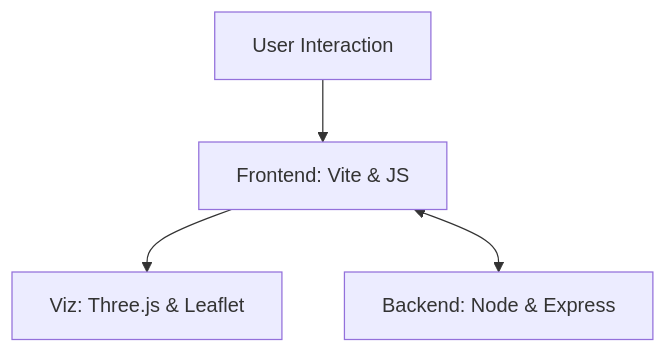
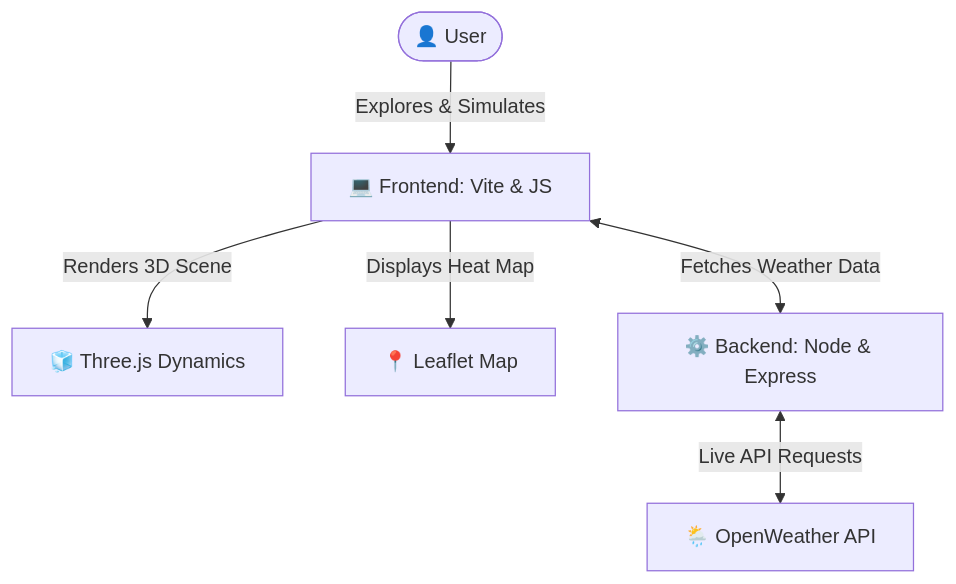
The diagram in README.md (anureddyb20/Vayucool), drawn with Mermaid before and after one commit.

Commit message:
Enhance Project Architecture diagram for clarity

````diff
--- a/README.md
+++ b/README.md
@@ -60,6 +60,8 @@
 ```mermaid
 graph TD
-    User[User Interaction] --> FE[Frontend: Vite & JS]
-    FE --> Viz[Viz: Three.js & Leaflet]
-    FE <--> BE[Backend: Node & Express]
+    User([👤 User]) -->|Explores & Simulates| UI[💻 Frontend: Vite & JS]
+    UI -->|Renders 3D Scene| Three[🧊 Three.js Dynamics]
+    UI -->|Displays Heat Map| Map[📍 Leaflet Map]
+    UI <-->|Fetches Weather Data| BE[⚙️ Backend: Node & Express]
+    BE <-->|Live API Requests| OW[🌦️ OpenWeather API]
 ```
````
